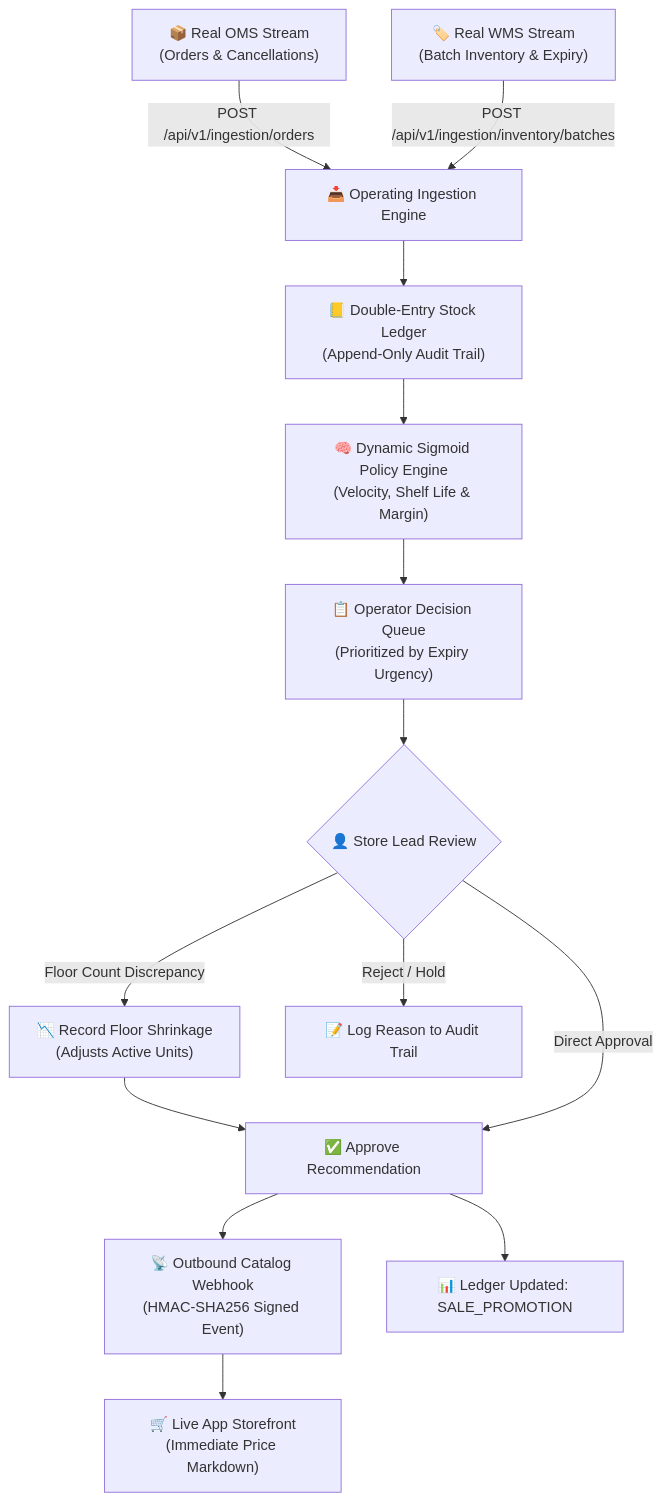
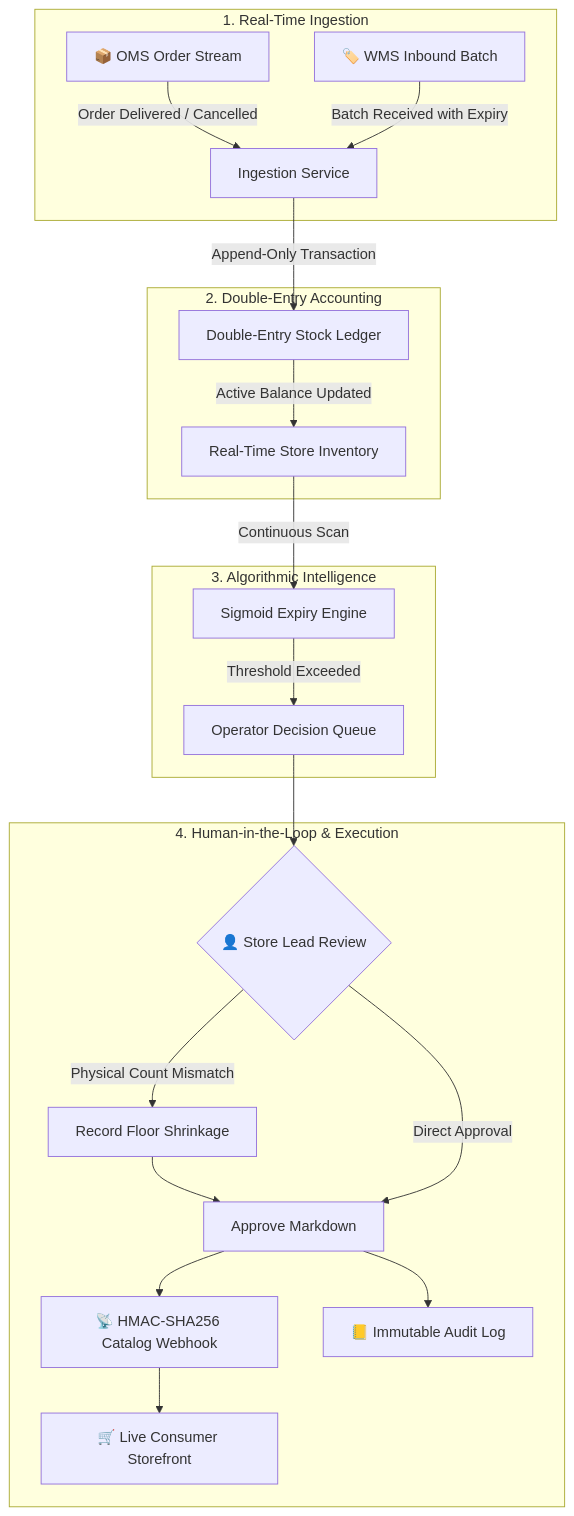
Before and after one commit to AadityaUniyal/Darkstori: the diagram in README.md, drawn with Mermaid. The commit also changed other lines of this file and 2 other files, not shown here.

````diff
--- a/README.md
+++ b/README.md
@@ -68,20 +90,27 @@
 ```mermaid
 flowchart TD
-    OMS["📦 Real OMS Stream<br/>(Orders & Cancellations)"] -->|POST /api/v1/ingestion/orders| IngestionService["📥 Operating Ingestion Engine"]
-    WMS["🏷️ Real WMS Stream<br/>(Batch Inventory & Expiry)"] -->|POST /api/v1/ingestion/inventory/batches| IngestionService
+    subgraph Ingestion ["1. Real-Time Ingestion"]
+        OMS["📦 OMS Order Stream"] -->|Order Delivered / Cancelled| IngestEngine["Ingestion Service"]
+        WMS["🏷️ WMS Inbound Batch"] -->|Batch Received with Expiry| IngestEngine
+    end
 
-    IngestionService --> Ledger["📒 Double-Entry Stock Ledger<br/>(Append-Only Audit Trail)"]
-    Ledger --> DecisionEngine["🧠 Dynamic Sigmoid Policy Engine<br/>(Velocity, Shelf Life & Margin)"]
+    subgraph Ledger ["2. Double-Entry Accounting"]
+        IngestEngine -->|Append-Only Transaction| StockLedger["Double-Entry Stock Ledger"]
+        StockLedger -->|Active Balance Updated| StoreInventory["Real-Time Store Inventory"]
+    end
 
-    DecisionEngine --> Queue["📋 Operator Decision Queue<br/>(Prioritized by Expiry Urgency)"]
+    subgraph Decision ["3. Algorithmic Intelligence"]
+        StoreInventory -->|Continuous Scan| SigmoidPolicy["Sigmoid Expiry Engine"]
+        SigmoidPolicy -->|Threshold Exceeded| DecisionQueue["Operator Decision Queue"]
+    end
 
-    Queue --> LeadAction{"👤 Store Lead Review"}
-    LeadAction -->|Floor Count Discrepancy| ShrinkAdjust["📉 Record Floor Shrinkage<br/>(Adjusts Active Units)"]
-    ShrinkAdjust --> Approval["✅ Approve Recommendation"]
-    LeadAction -->|Direct Approval| Approval
-    LeadAction -->|Reject / Hold| AuditReject["📝 Log Reason to Audit Trail"]
-
-    Approval --> Webhook["📡 Outbound Catalog Webhook<br/>(HMAC-SHA256 Signed Event)"]
-    Webhook --> ConsumerStorefront["🛒 Live App Storefront<br/>(Immediate Price Markdown)"]
-    Approval --> AuditApprove["📊 Ledger Updated: SALE_PROMOTION"]
+    subgraph Execution ["4. Human-in-the-Loop & Execution"]
+        DecisionQueue --> OperatorReview{"👤 Store Lead Review"}
+        OperatorReview -->|Physical Count Mismatch| Discrepancy["Record Floor Shrinkage"]
+        Discrepancy --> Approval["Approve Markdown"]
+        OperatorReview -->|Direct Approval| Approval
+        Approval --> Webhook["📡 HMAC-SHA256 Catalog Webhook"]
+        Webhook --> Storefront["🛒 Live Consumer Storefront"]
+        Approval --> AuditLog["📒 Immutable Audit Log"]
+    end
 ```
````
